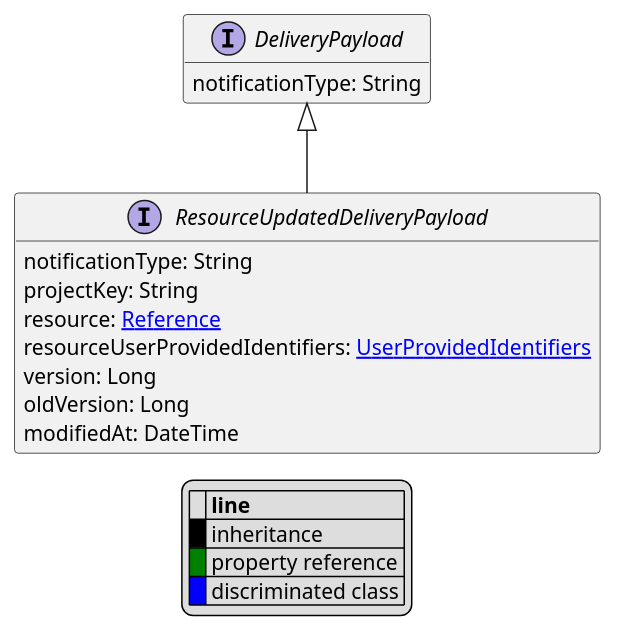
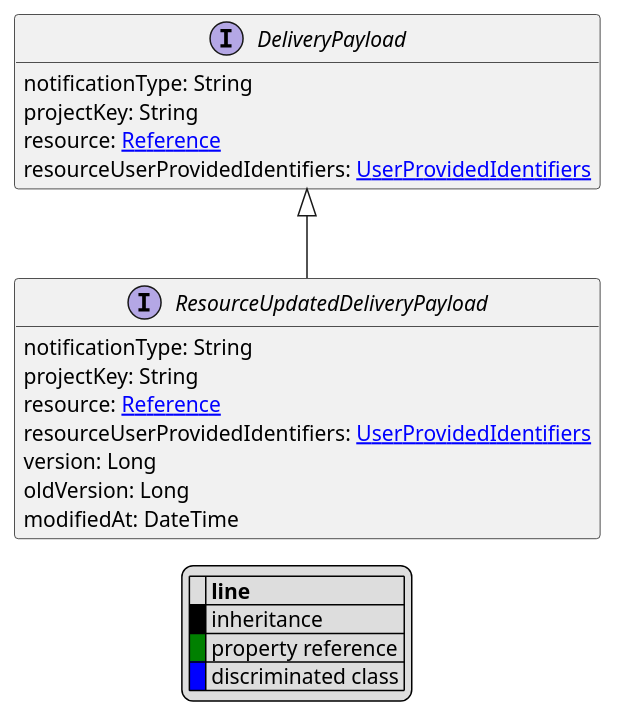
The diagram in uml/api/ResourceUpdatedDeliveryPayload.puml (commercetools/commercetools-api-reference), drawn with PlantUML before and after one commit. The commit also changed 50 other files, not shown here.

```diff
--- a/uml/api/ResourceUpdatedDeliveryPayload.puml
+++ b/uml/api/ResourceUpdatedDeliveryPayload.puml
@@ -1,28 +1,31 @@
 @startuml
 
 hide empty fields
 hide empty methods
 legend
 |= |= line |
 |<back:black>   </back>| inheritance |
 |<back:green>   </back>| property reference |
 |<back:blue>   </back>| discriminated class |
 endlegend
 interface ResourceUpdatedDeliveryPayload [[ResourceUpdatedDeliveryPayload.svg]] extends DeliveryPayload {
     notificationType: String
     projectKey: String
     resource: [[Reference.svg Reference]]
     resourceUserProvidedIdentifiers: [[UserProvidedIdentifiers.svg UserProvidedIdentifiers]]
     version: Long
     oldVersion: Long
     modifiedAt: DateTime
 }
 interface DeliveryPayload [[DeliveryPayload.svg]]  {
     notificationType: String
+    projectKey: String
+    resource: [[Reference.svg Reference]]
+    resourceUserProvidedIdentifiers: [[UserProvidedIdentifiers.svg UserProvidedIdentifiers]]
 }
 
 
 
 
 
 @enduml
```
